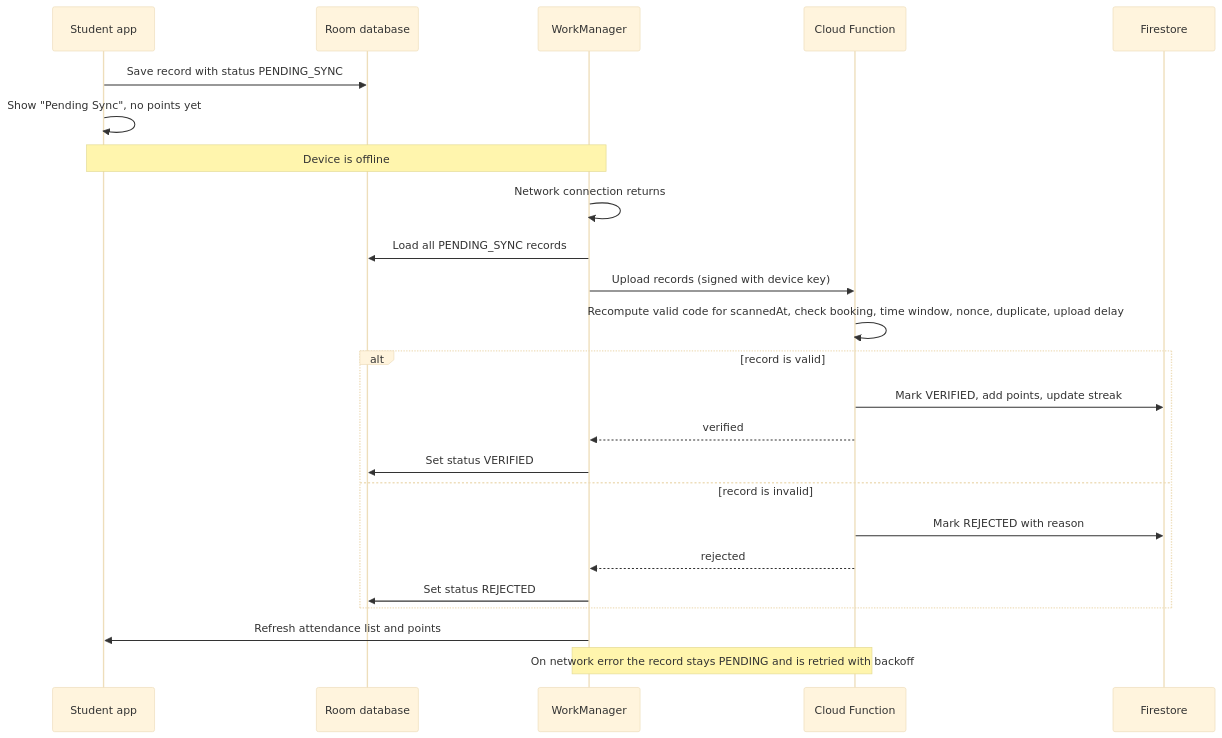
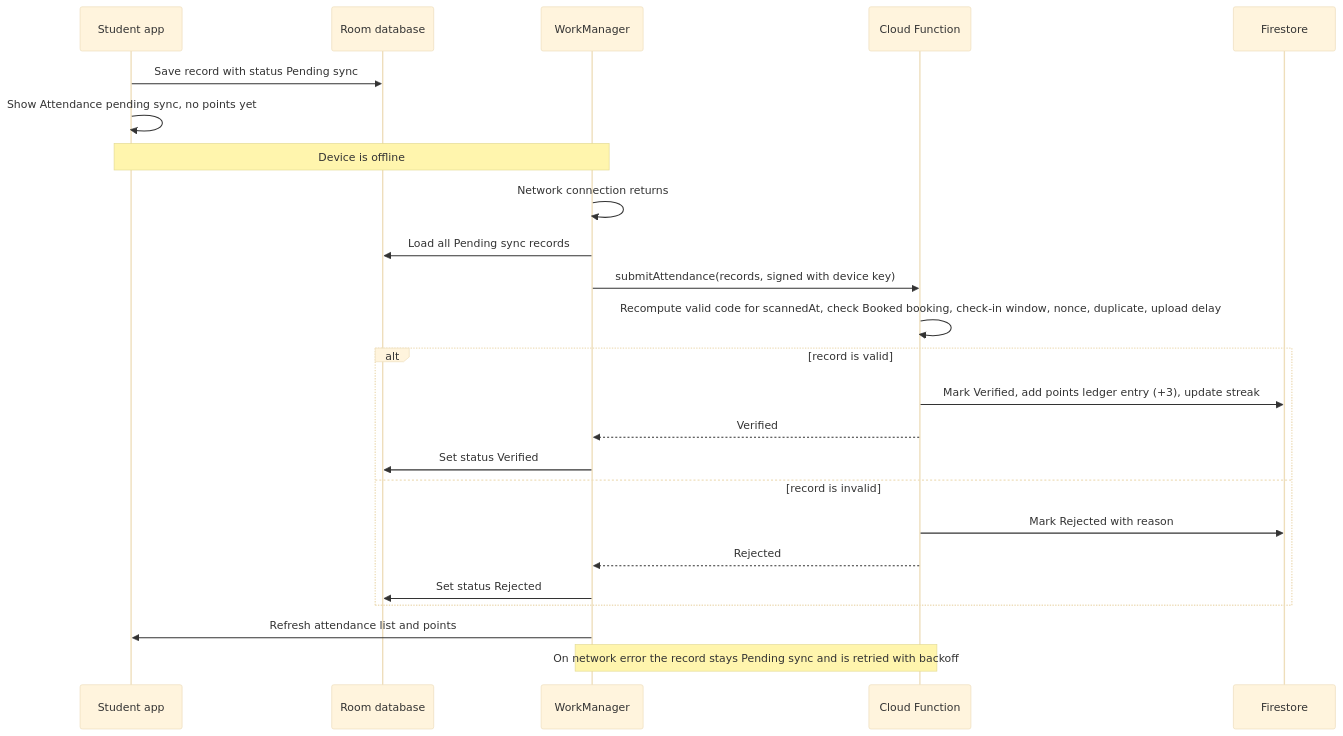
The ninth of 9 diagrams in README.md (k31k1w0n9/Group-M-sCPD-Tracker), drawn with Mermaid (base theme) before and after one commit. The commit also changed other lines of this file, not shown here.

First line of the commit message:
Revise technical design and attendance processes in README

````diff
--- a/README.md
+++ b/README.md
@@ -329,26 +543,26 @@
 ```mermaid
 sequenceDiagram
   participant S as Student app
   participant R as Room database
   participant W as WorkManager
   participant F as Cloud Function
   participant DB as Firestore
-  S->>R: Save record with status PENDING_SYNC
-  S->>S: Show "Pending Sync", no points yet
+  S->>R: Save record with status Pending sync
+  S->>S: Show Attendance pending sync, no points yet
   Note over S,W: Device is offline
   W->>W: Network connection returns
-  W->>R: Load all PENDING_SYNC records
-  W->>F: Upload records (signed with device key)
-  F->>F: Recompute valid code for scannedAt, check booking, time window, nonce, duplicate, upload delay
+  W->>R: Load all Pending sync records
+  W->>F: submitAttendance(records, signed with device key)
+  F->>F: Recompute valid code for scannedAt, check Booked booking, check-in window, nonce, duplicate, upload delay
   alt record is valid
-    F->>DB: Mark VERIFIED, add points, update streak
-    F-->>W: verified
-    W->>R: Set status VERIFIED
+    F->>DB: Mark Verified, add points ledger entry (+3), update streak
+    F-->>W: Verified
+    W->>R: Set status Verified
   else record is invalid
-    F->>DB: Mark REJECTED with reason
-    F-->>W: rejected
-    W->>R: Set status REJECTED
+    F->>DB: Mark Rejected with reason
+    F-->>W: Rejected
+    W->>R: Set status Rejected
   end
   W->>S: Refresh attendance list and points
-  Note over W,F: On network error the record stays PENDING and is retried with backoff
+  Note over W,F: On network error the record stays Pending sync and is retried with backoff
 ```
````
